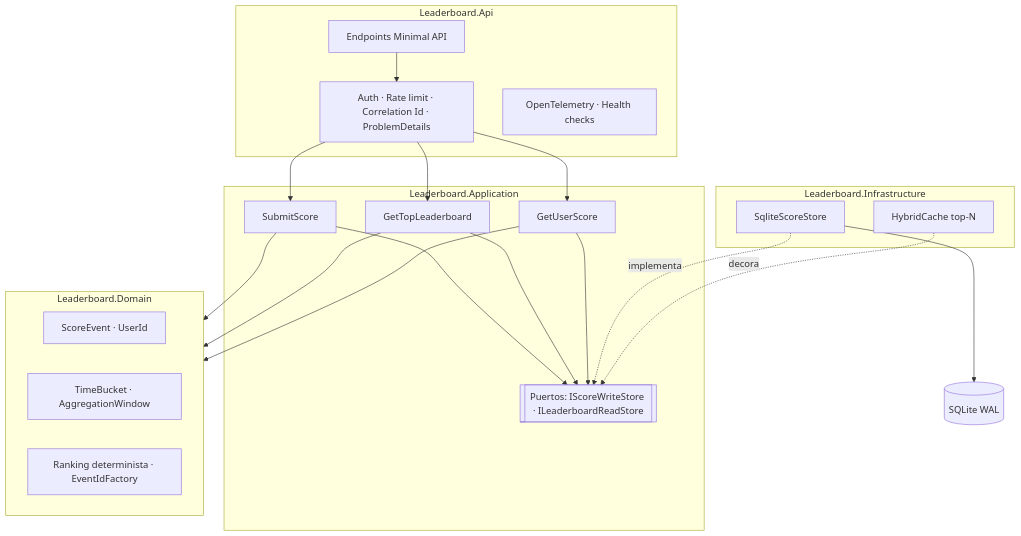
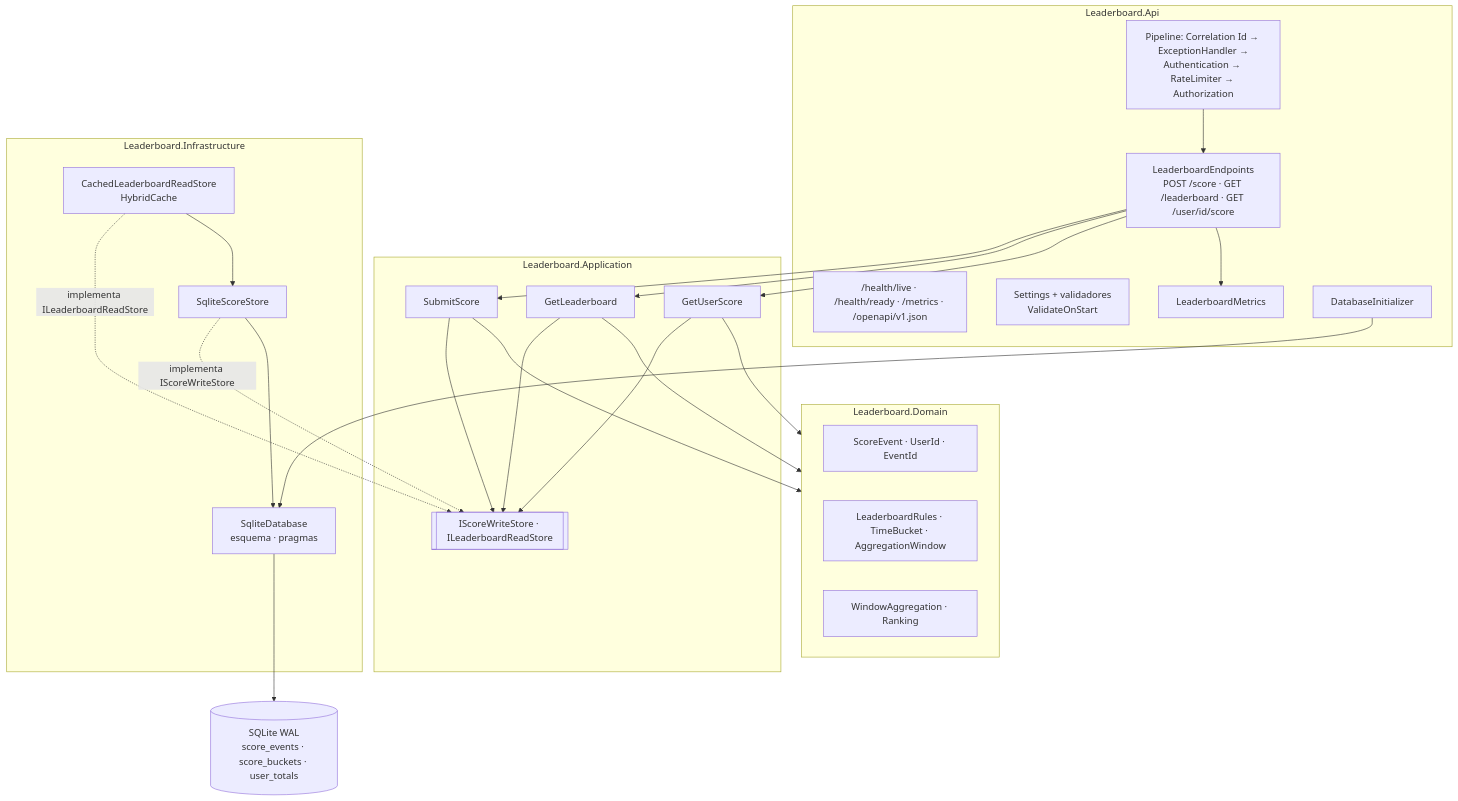
Before and after one commit to kalfaroperez/gsk-841f0987-24bb-405b-8877-d8cb92077e44-ka: the first of 4 diagrams in docs/ARCHITECTURE.md, drawn with Mermaid. The commit also changed other lines of this file and 3 other files, not shown here.

````diff
--- a/docs/ARCHITECTURE.md
+++ b/docs/ARCHITECTURE.md
@@ -7,29 +9,38 @@
 ```mermaid
 flowchart TB
     subgraph Api[Leaderboard.Api]
-        EP[Endpoints Minimal API]
-        MW[Auth · Rate limit · Correlation Id · ProblemDetails]
-        OBS[OpenTelemetry · Health checks]
+        PIPE[Pipeline: Correlation Id → ExceptionHandler →<br/>Authentication → RateLimiter → Authorization]
+        EP[LeaderboardEndpoints<br/>POST /score · GET /leaderboard · GET /user/id/score]
+        OPS["/health/live · /health/ready · /metrics · /openapi/v1.json"]
+        CFG[Settings + validadores<br/>ValidateOnStart]
+        MET[LeaderboardMetrics]
+        INIT[DatabaseInitializer]
     end
     subgraph App[Leaderboard.Application]
         UC1[SubmitScore]
-        UC2[GetTopLeaderboard]
+        UC2[GetLeaderboard]
         UC3[GetUserScore]
-        PORTS[[Puertos: IScoreWriteStore · ILeaderboardReadStore]]
+        PORTS[[IScoreWriteStore · ILeaderboardReadStore]]
     end
     subgraph Dom[Leaderboard.Domain]
-        D1[ScoreEvent · UserId]
-        D2[TimeBucket · AggregationWindow]
-        D3[Ranking determinista · EventIdFactory]
+        D1[ScoreEvent · UserId · EventId]
+        D2[LeaderboardRules · TimeBucket · AggregationWindow]
+        D3[WindowAggregation · Ranking]
     end
     subgraph Infra[Leaderboard.Infrastructure]
+        CACHE[CachedLeaderboardReadStore<br/>HybridCache]
         SQL[SqliteScoreStore]
-        CACHE[HybridCache top-N]
+        DBF[SqliteDatabase<br/>esquema · pragmas]
     end
-    EP --> MW --> UC1 & UC2 & UC3
+    PIPE --> EP
+    EP --> UC1 & UC2 & UC3
+    EP --> MET
     UC1 & UC2 & UC3 --> Dom
-    UC1 & UC2 & UC3 --> PORTS
-    SQL -.implementa.-> PORTS
-    CACHE -.decora.-> PORTS
-    SQL --> DB[(SQLite WAL)]
+    UC1 --> PORTS
+    UC2 & UC3 --> PORTS
+    SQL -.implementa IScoreWriteStore.-> PORTS
+    CACHE -.implementa ILeaderboardReadStore.-> PORTS
+    CACHE --> SQL
+    SQL --> DBF --> DB[(SQLite WAL<br/>score_events · score_buckets · user_totals)]
+    INIT --> DBF
 ```
````
